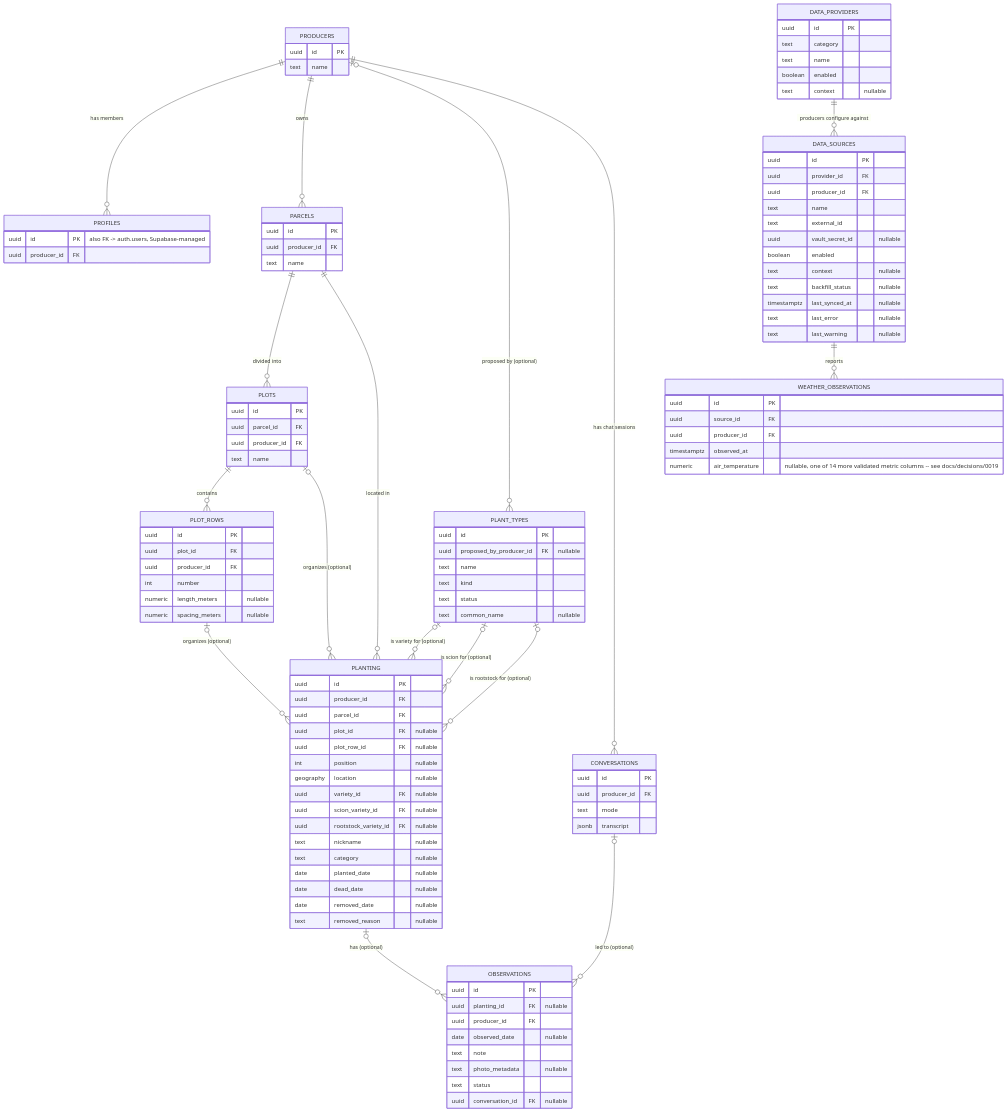
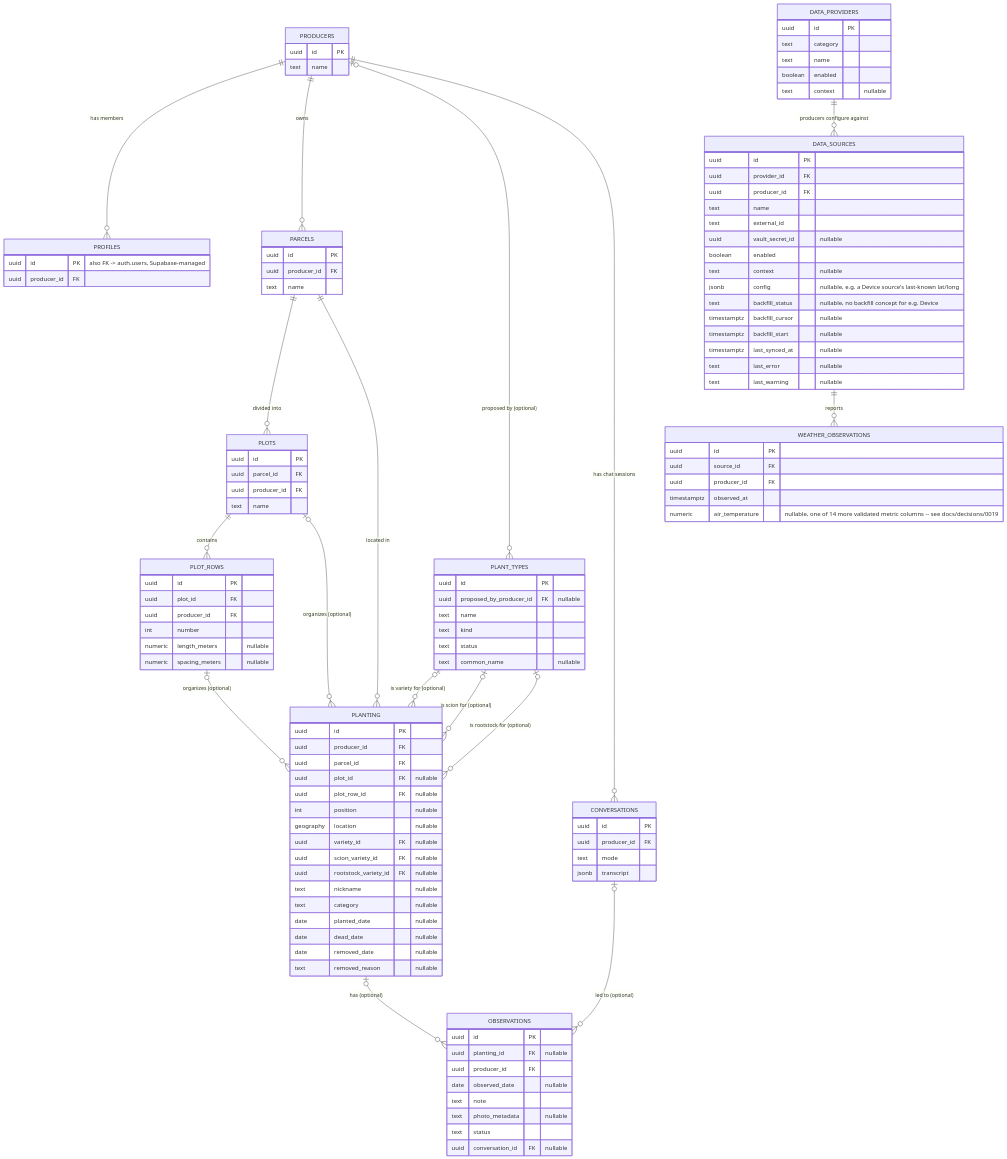
One commit to sethschrage/growdy changed the first of 2 diagrams in docs/data-model.md. Above: the diagram before and after it, drawn with Mermaid. The commit also changed other lines of this file and 4 other files, not shown here.

```diff
--- a/docs/data-model.md
+++ b/docs/data-model.md
@@ -92,7 +92,10 @@
         uuid vault_secret_id "nullable"
         boolean enabled
         text context "nullable"
-        text backfill_status "nullable"
+        jsonb config "nullable, e.g. a Device source's last-known lat/long"
+        text backfill_status "nullable, no backfill concept for e.g. Device"
+        timestamptz backfill_cursor "nullable"
+        timestamptz backfill_start "nullable"
         timestamptz last_synced_at "nullable"
         text last_error "nullable"
         text last_warning "nullable"
```
